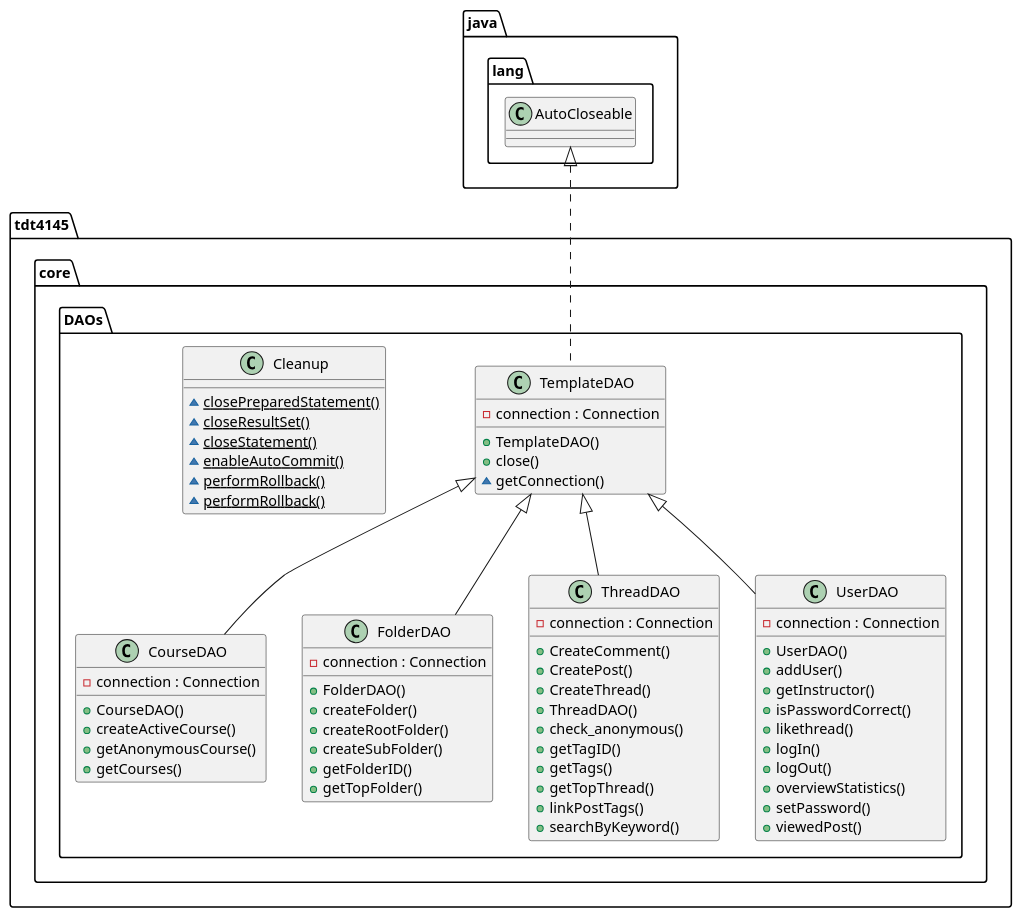
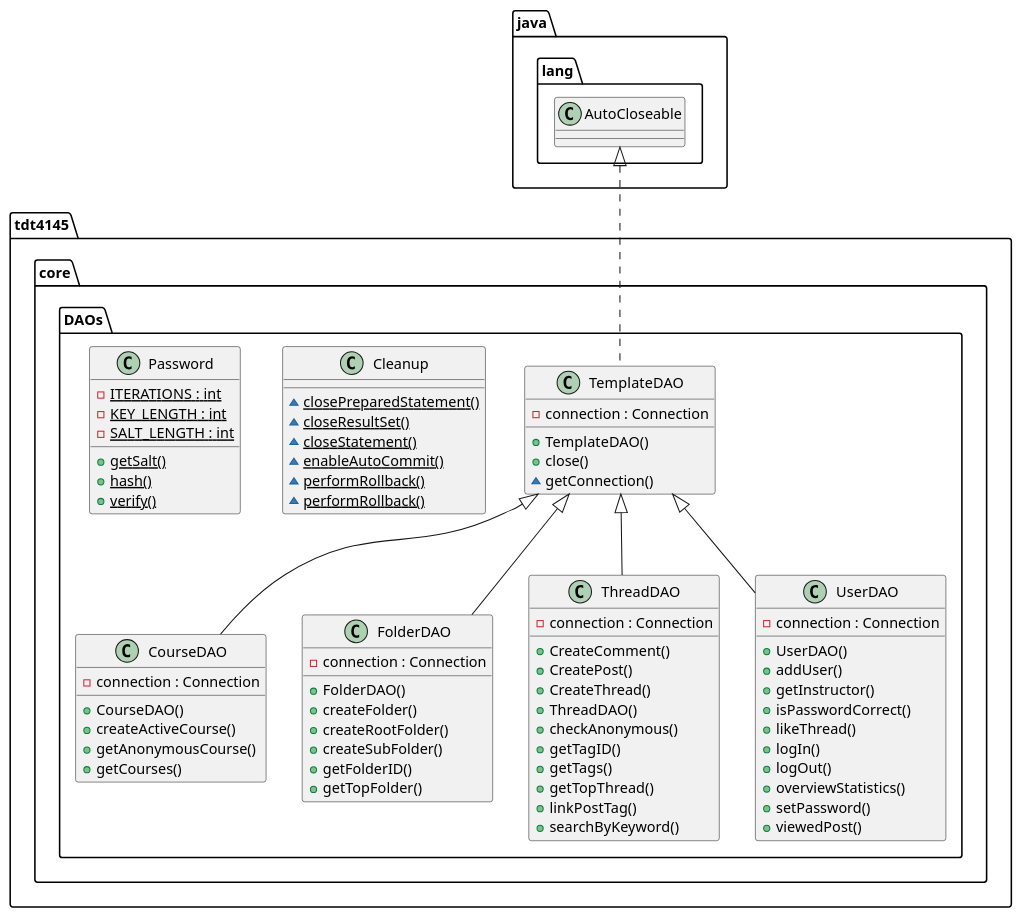
The diagram in documentation/UML/DAOs.plantuml (StefanTomic-NTNU/piazza), drawn with PlantUML before and after one commit. The commit also changed 3 other files, not shown here.

```diff
--- a/documentation/UML/DAOs.plantuml
+++ b/documentation/UML/DAOs.plantuml
@@ -1,99 +1,113 @@
 @startuml
   namespace tdt4145.core {
-    namespace DAOs {
-      class tdt4145.core.DAOs.Cleanup {
-          {static} ~ closePreparedStatement()
-          {static} ~ closeResultSet()
-          {static} ~ closeStatement()
-          {static} ~ enableAutoCommit()
-          {static} ~ performRollback()
-          {static} ~ performRollback()
+      namespace DAOs {
+        class tdt4145.core.DAOs.Cleanup {
+            {static} ~ closePreparedStatement()
+            {static} ~ closeResultSet()
+            {static} ~ closeStatement()
+            {static} ~ enableAutoCommit()
+            {static} ~ performRollback()
+            {static} ~ performRollback()
+        }
       }
     }
-  }
-  
+    
 
-  namespace tdt4145.core {
-    namespace DAOs {
-      class tdt4145.core.DAOs.CourseDAO {
-          - connection : Connection
-          + CourseDAO()
-          + createActiveCourse()
-          + getAnonymousCourse()
-          + getCourses()
+    namespace tdt4145.core {
+      namespace DAOs {
+        class tdt4145.core.DAOs.CourseDAO {
+            - connection : Connection
+            + CourseDAO()
+            + createActiveCourse()
+            + getAnonymousCourse()
+            + getCourses()
+        }
       }
     }
-  }
-  
 
-  namespace tdt4145.core {
-    namespace DAOs {
-      class tdt4145.core.DAOs.FolderDAO {
-          - connection : Connection
-          + FolderDAO()
-          + createFolder()
-          + createRootFolder()
-          + createSubFolder()
-          + getFolderID()
-          + getTopFolder()
+
+    namespace tdt4145.core {
+      namespace DAOs {
+        class tdt4145.core.DAOs.FolderDAO {
+            - connection : Connection
+            + FolderDAO()
+            + createFolder()
+            + createRootFolder()
+            + createSubFolder()
+            + getFolderID()
+            + getTopFolder()
+        }
       }
     }
-  }
-  
 
-  namespace tdt4145.core {
-    namespace DAOs {
-      class tdt4145.core.DAOs.TemplateDAO {
-          - connection : Connection
-          + TemplateDAO()
-          + close()
-          ~ getConnection()
+
+    namespace tdt4145.core {
+      namespace DAOs {
+        class tdt4145.core.DAOs.Password {
+            {static} - ITERATIONS : int
+            {static} - KEY_LENGTH : int
+            {static} - SALT_LENGTH : int
+            {static} + getSalt()
+            {static} + hash()
+            {static} + verify()
+        }
       }
     }
-  }
-  
 
-  namespace tdt4145.core {
-    namespace DAOs {
-      class tdt4145.core.DAOs.ThreadDAO {
-          - connection : Connection
-          + CreateComment()
-          + CreatePost()
-          + CreateThread()
-          + ThreadDAO()
-          + check_anonymous()
-          + getTagID()
-          + getTags()
-          + getTopThread()
-          + linkPostTags()
-          + searchByKeyword()
+
+    namespace tdt4145.core {
+      namespace DAOs {
+        class tdt4145.core.DAOs.TemplateDAO {
+            - connection : Connection
+            + TemplateDAO()
+            + close()
+            ~ getConnection()
+        }
       }
     }
-  }
-  
 
-  namespace tdt4145.core {
-    namespace DAOs {
-      class tdt4145.core.DAOs.UserDAO {
-          - connection : Connection
-          + UserDAO()
-          + addUser()
-          + getInstructor()
-          + isPasswordCorrect()
-          + likethread()
-          + logIn()
-          + logOut()
-          + overviewStatistics()
-          + setPassword()
-          + viewedPost()
+
+    namespace tdt4145.core {
+      namespace DAOs {
+        class tdt4145.core.DAOs.ThreadDAO {
+            - connection : Connection
+            + CreateComment()
+            + CreatePost()
+            + CreateThread()
+            + ThreadDAO()
+            + checkAnonymous()
+            + getTagID()
+            + getTags()
+            + getTopThread()
+            + linkPostTag()
+            + searchByKeyword()
+        }
       }
     }
-  }
-  
 
-  tdt4145.core.DAOs.CourseDAO -up-|> tdt4145.core.DAOs.TemplateDAO
-  tdt4145.core.DAOs.FolderDAO -up-|> tdt4145.core.DAOs.TemplateDAO
-  tdt4145.core.DAOs.TemplateDAO .up.|> java.lang.AutoCloseable
-  tdt4145.core.DAOs.ThreadDAO -up-|> tdt4145.core.DAOs.TemplateDAO
-  tdt4145.core.DAOs.UserDAO -up-|> tdt4145.core.DAOs.TemplateDAO
+
+    namespace tdt4145.core {
+      namespace DAOs {
+        class tdt4145.core.DAOs.UserDAO {
+            - connection : Connection
+            + UserDAO()
+            + addUser()
+            + getInstructor()
+            + isPasswordCorrect()
+            + likeThread()
+            + logIn()
+            + logOut()
+            + overviewStatistics()
+            + setPassword()
+            + viewedPost()
+        }
+      }
+    }
+
+
+    tdt4145.core.DAOs.CourseDAO -up-|> tdt4145.core.DAOs.TemplateDAO
+    tdt4145.core.DAOs.FolderDAO -up-|> tdt4145.core.DAOs.TemplateDAO
+    tdt4145.core.DAOs.TemplateDAO .up.|> java.lang.AutoCloseable
+    tdt4145.core.DAOs.ThreadDAO -up-|> tdt4145.core.DAOs.TemplateDAO
+    tdt4145.core.DAOs.UserDAO -up-|> tdt4145.core.DAOs.TemplateDAO
 @enduml
```
